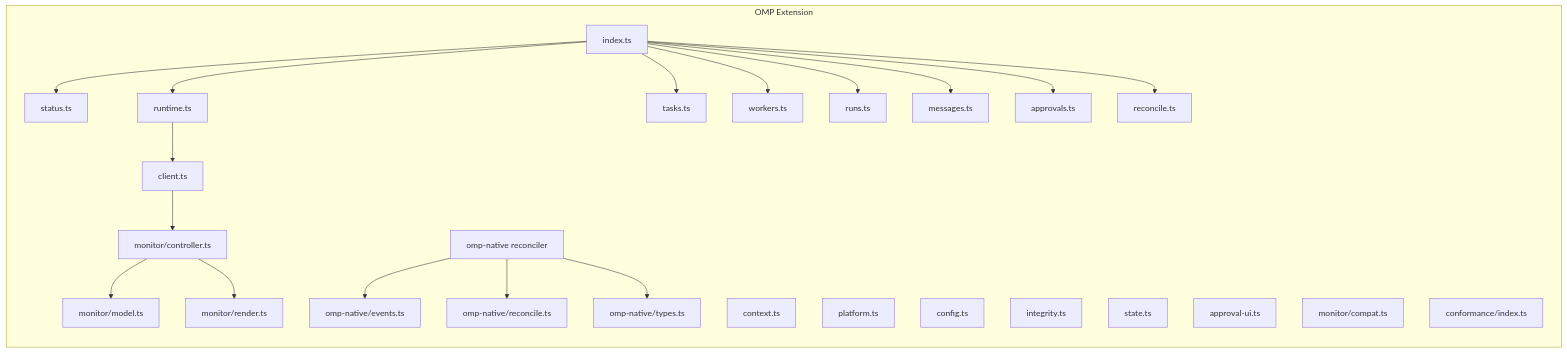
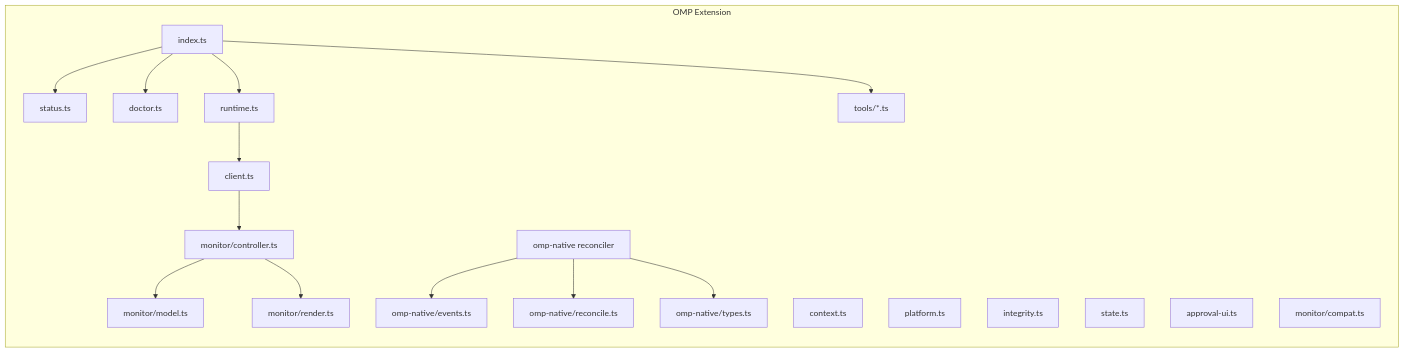
Before and after one commit to nikolasd/batman: the third of 5 diagrams in docs/architecture.md, drawn with Mermaid. The commit also changed other lines of this file and 3 other files, not shown here.

````diff
--- a/docs/architecture.md
+++ b/docs/architecture.md
@@ -147,46 +153,36 @@
 ```mermaid
 graph LR
     subgraph "OMP Extension"
         IE[index.ts]
         ST[status.ts]
+        DO2[doctor.ts]
         CT[context.ts]
         RT[runtime.ts]
         PL[platform.ts]
         CL[client.ts]
-        CF3[config.ts]
         IN[integrity.ts]
         SD[state.ts]
         AU[approval-ui.ts]
-        TL[tasks.ts]
-        WL[workers.ts]
-        RL[runs.ts]
-        ML[messages.ts]
-        AL[approvals.ts]
-        RL2[reconcile.ts]
+        TO[tools/*.ts]
         RC[omp-native reconciler]
         ON[omp-native/events.ts]
         ON2[omp-native/reconcile.ts]
         ON3[omp-native/types.ts]
         MO[monitor/model.ts]
         MR[monitor/render.ts]
         MC[monitor/controller.ts]
         CC[monitor/compat.ts]
-        CN[conformance/index.ts]
     end
 
     IE --> ST
+    IE --> DO2
     IE --> RT
-    IE --> TL
-    IE --> WL
-    IE --> RL
-    IE --> ML
-    IE --> AL
-    IE --> RL2
+    IE --> TO
     RT --> CL
     CL --> MC
     MC --> MO
     MC --> MR
     RC --> ON
     RC --> ON2
     RC --> ON3
 ```
````
